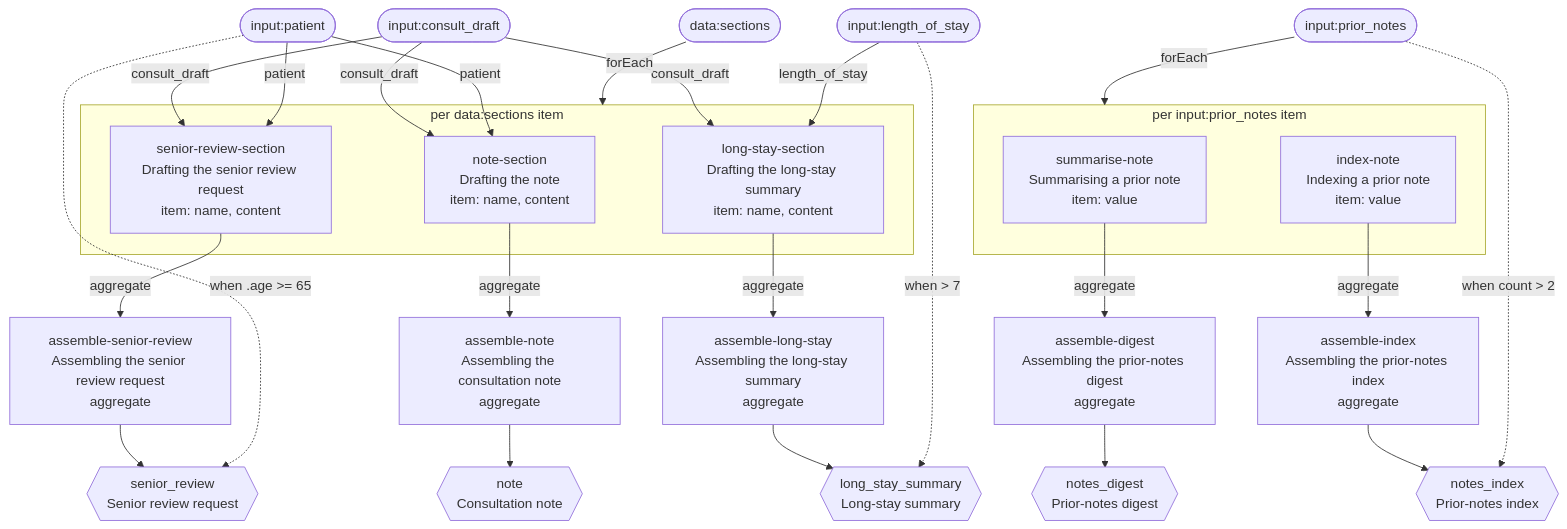
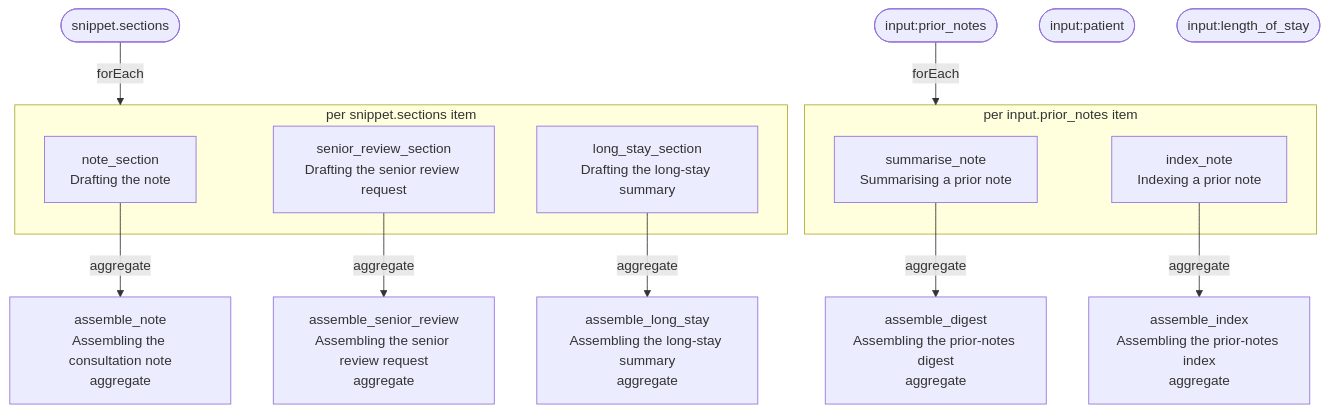
Before and after one commit to Consultologist/consultologist-workflows: the diagram in packages/example-structured-intake/dag.mmd, drawn with Mermaid. The commit also changed 9 other files, not shown here.

```diff
--- a/packages/example-structured-intake/dag.mmd
+++ b/packages/example-structured-intake/dag.mmd
@@ -1,50 +1,30 @@
 flowchart TD
-    input_consult_draft(["input:consult_draft"])
+    snippet_sections(["snippet.sections"])
+    input_prior_notes(["input.prior_notes"])
     input_patient(["input:patient"])
-    data_sections(["data:sections"])
     input_length_of_stay(["input:length_of_stay"])
     input_prior_notes(["input:prior_notes"])
 
-    assemble_note["assemble-note<br/>Assembling the consultation note<br/>aggregate"]
+    assemble_note["assemble_note<br/>Assembling the consultation note<br/>aggregate"]
     note_section -->|"aggregate"| assemble_note
-    assemble_senior_review["assemble-senior-review<br/>Assembling the senior review request<br/>aggregate"]
+    assemble_senior_review["assemble_senior_review<br/>Assembling the senior review request<br/>aggregate"]
     senior_review_section -->|"aggregate"| assemble_senior_review
-    assemble_long_stay["assemble-long-stay<br/>Assembling the long-stay summary<br/>aggregate"]
+    assemble_long_stay["assemble_long_stay<br/>Assembling the long-stay summary<br/>aggregate"]
     long_stay_section -->|"aggregate"| assemble_long_stay
-    assemble_digest["assemble-digest<br/>Assembling the prior-notes digest<br/>aggregate"]
+    assemble_digest["assemble_digest<br/>Assembling the prior-notes digest<br/>aggregate"]
     summarise_note -->|"aggregate"| assemble_digest
-    assemble_index["assemble-index<br/>Assembling the prior-notes index<br/>aggregate"]
+    assemble_index["assemble_index<br/>Assembling the prior-notes index<br/>aggregate"]
     index_note -->|"aggregate"| assemble_index
 
-    data_sections -->|"forEach"| foreach_data_sections
-    subgraph foreach_data_sections["per data:sections item"]
-        note_section["note-section<br/>Drafting the note<br/>item: name, content"]
-        senior_review_section["senior-review-section<br/>Drafting the senior review request<br/>item: name, content"]
-        long_stay_section["long-stay-section<br/>Drafting the long-stay summary<br/>item: name, content"]
+    snippet_sections -->|"forEach"| foreach_snippet_sections
+    subgraph foreach_snippet_sections["per snippet.sections item"]
+        note_section["note_section<br/>Drafting the note"]
+        senior_review_section["senior_review_section<br/>Drafting the senior review request"]
+        long_stay_section["long_stay_section<br/>Drafting the long-stay summary"]
     end
-    input_consult_draft -->|"consult_draft"| note_section
-    input_patient -->|"patient"| note_section
-    input_consult_draft -->|"consult_draft"| senior_review_section
-    input_patient -->|"patient"| senior_review_section
-    input_consult_draft -->|"consult_draft"| long_stay_section
-    input_length_of_stay -->|"length_of_stay"| long_stay_section
 
     input_prior_notes -->|"forEach"| foreach_input_prior_notes
-    subgraph foreach_input_prior_notes["per input:prior_notes item"]
-        summarise_note["summarise-note<br/>Summarising a prior note<br/>item: value"]
-        index_note["index-note<br/>Indexing a prior note<br/>item: value"]
+    subgraph foreach_input_prior_notes["per input.prior_notes item"]
+        summarise_note["summarise_note<br/>Summarising a prior note"]
+        index_note["index_note<br/>Indexing a prior note"]
     end
-
-    result_note{{"note<br/>Consultation note"}}
-    assemble_note --> result_note
-    result_senior_review{{"senior_review<br/>Senior review request"}}
-    assemble_senior_review --> result_senior_review
-    input_patient -.->|"when .age >= 65"| result_senior_review
-    result_long_stay_summary{{"long_stay_summary<br/>Long-stay summary"}}
-    assemble_long_stay --> result_long_stay_summary
-    input_length_of_stay -.->|"when > 7"| result_long_stay_summary
-    result_notes_digest{{"notes_digest<br/>Prior-notes digest"}}
-    assemble_digest --> result_notes_digest
-    result_notes_index{{"notes_index<br/>Prior-notes index"}}
-    assemble_index --> result_notes_index
-    input_prior_notes -.->|"when count > 2"| result_notes_index
```
